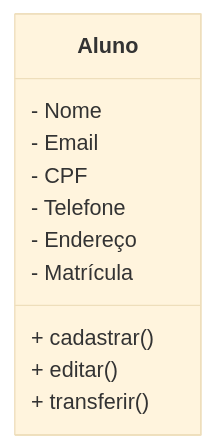
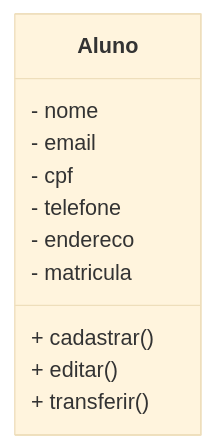
Before and after one commit to Gustavoo83/universidade: the second of 2 diagrams in readme.md, drawn with Mermaid (base theme). The commit also changed other lines of this file and 6 other files, not shown here.

````diff
--- a/readme.md
+++ b/readme.md
@@ -20,15 +20,15 @@
 ```mermaid
 
 classDiagram
     class Aluno{
-        - Nome
-        - Email
-        - CPF
-        - Telefone
-        - Endereço
-        - Matrícula
+        - nome
+        - email
+        - cpf
+        - telefone
+        - endereco
+        - matricula
         + cadastrar()
         + editar()
         + transferir()
     }
 ```
````
